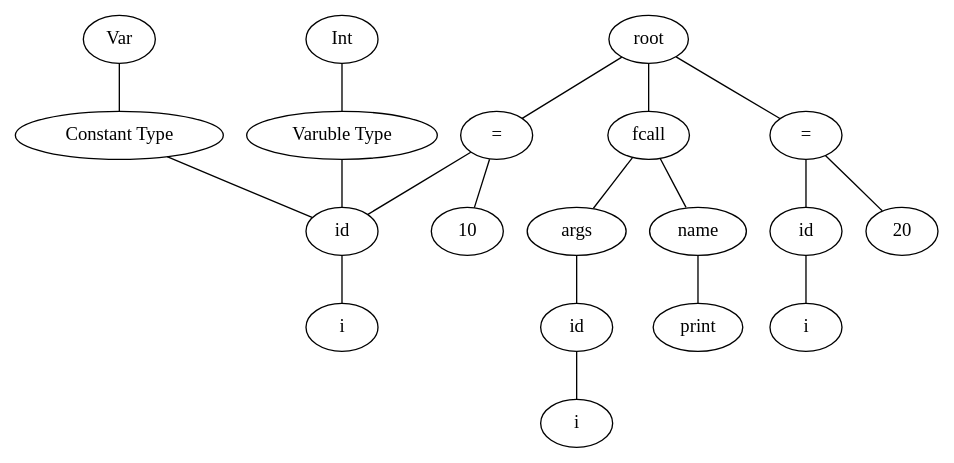
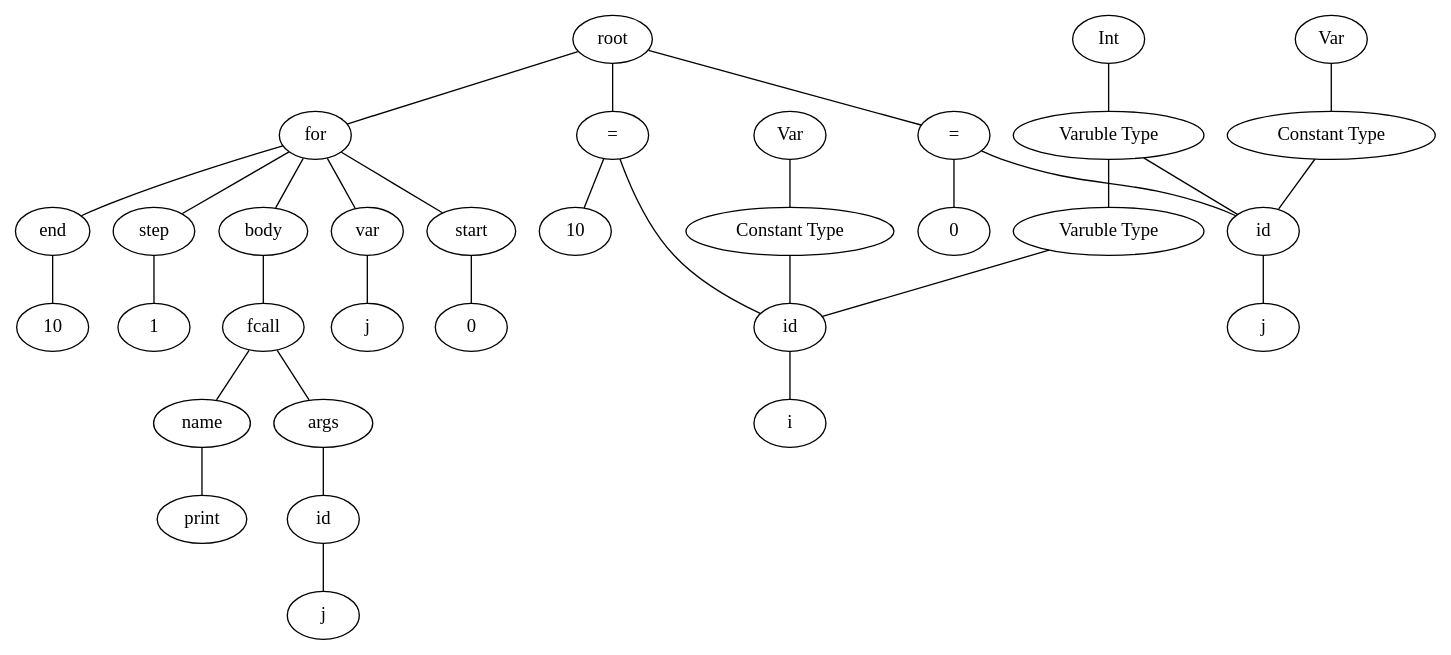
One commit to TAIIOK/SwiftCompilerToJavaByteCode changed the diagram in build/file.dot. Above: the diagram before and after it, drawn with Graphviz. The commit also changed 11 other files, not shown here.

```diff
--- a/build/file.dot
+++ b/build/file.dot
@@ -1,39 +1,62 @@
 graph graphname {
 root;
 assign0[label = "="];
 root--assign0;
 expr0[label = "id"];
 assign0--expr0;
 type0[label = "Varuble Type"];
 type0--expr0;
 type1[label = "Int"];
 type1--type0;
 consttype0[label = "Constant Type"];
 consttype0--expr0;
 consttype1[label = "Var"];
 consttype1--consttype0;
 expr1[label = "i"];
 expr0--expr1;
 expr2[label = "10"];
 assign0--expr2;
 assign1[label = "="];
 root--assign1;
 expr3[label = "id"];
 assign1--expr3;
-expr4[label = "i"];
+type1[label = "Varuble Type"];
+type1--expr3;
+type2[label = "Int"];
+type2--type1;
+consttype2[label = "Constant Type"];
+consttype2--expr3;
+consttype3[label = "Var"];
+consttype3--consttype2;
+expr4[label = "j"];
 expr3--expr4;
-expr5[label = "20"];
+expr5[label = "0"];
 assign1--expr5;
-expr6[label = "fcall"];
-root--expr6;
+for0[label = "for"];
+root--for0;
+for0body[label = "body"];
+for0--for0body;expr6[label = "fcall"];
+for0body--expr6;
 expr6name[label = "name"];
 expr7[label = "print"];
 expr6name--expr7;
 expr6--expr6name;
 expr6args[label = " args "];
 expr6 -- expr6args;
 expr8[label = "id"];
 expr6args--expr8;
-expr9[label = "i"];
+expr9[label = "j"];
 expr8--expr9;
+for0varname[label = "var"];
+for0--for0varname;expr10[label = "j"];
+for0varname--expr10;
+for0start[label = "start"];
+for0--for0start;expr11[label = "0"];
+for0start--expr11;
+for0end[label = "end"];
+for0--for0end;expr12[label = "10"];
+for0end--expr12;
+for0step[label = "step"];
+for0--for0step;expr13[label = "1"];
+for0step--expr13;
 }
```
